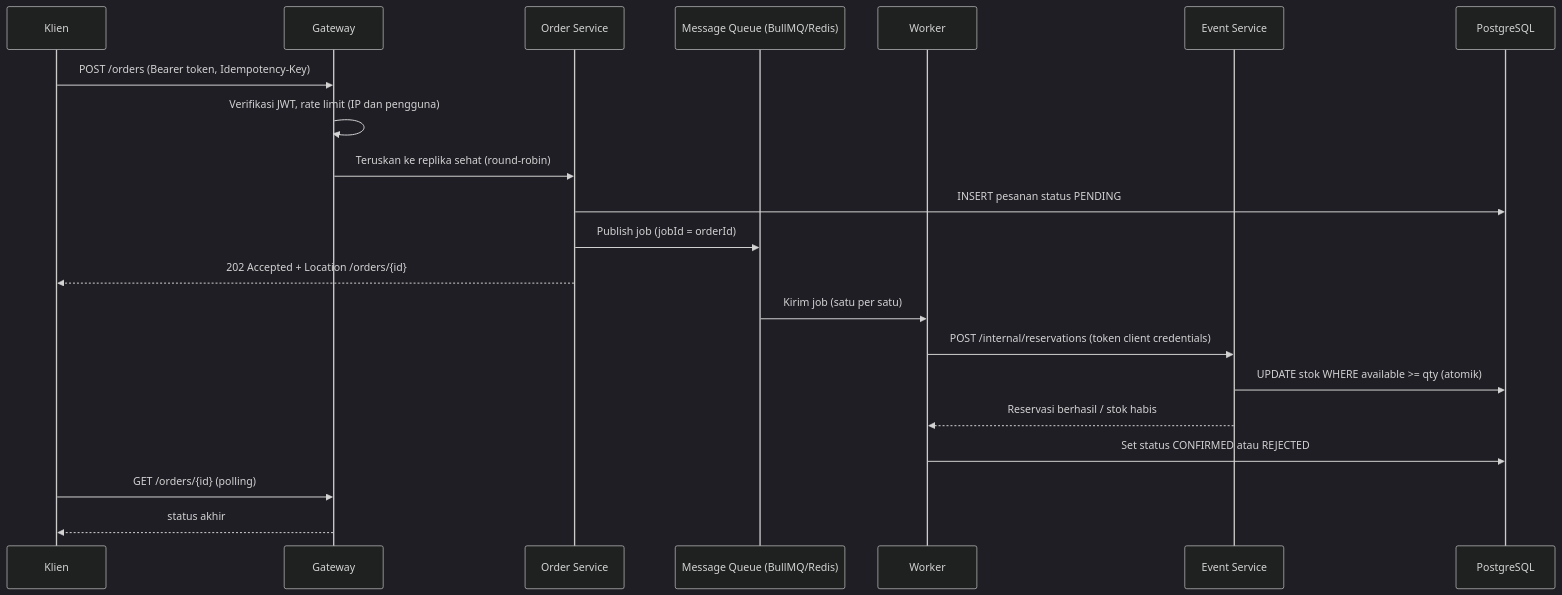
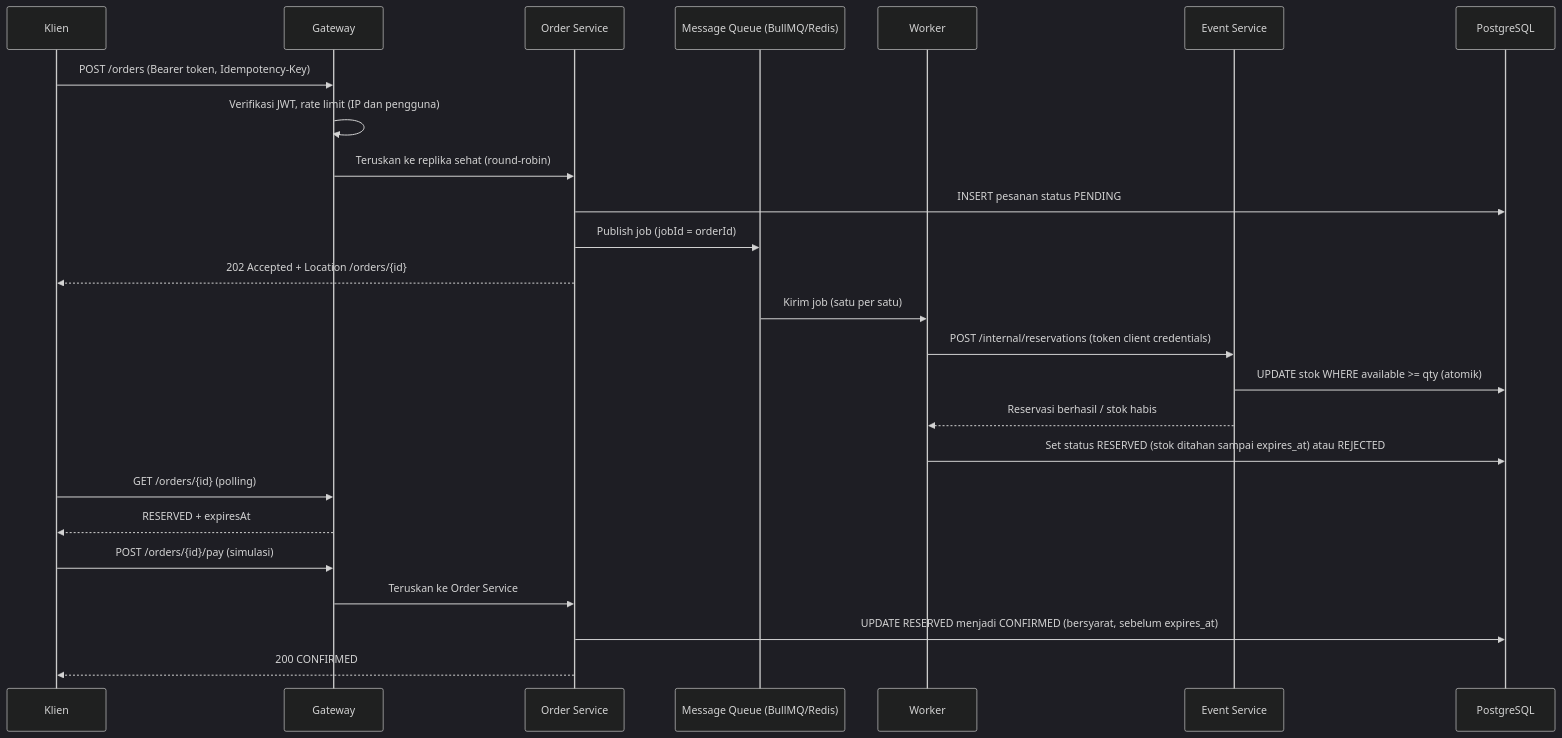
One commit to whosblub/TICKET-EVENT-PLATFORM changed the diagram in README.md. Above: the diagram before and after it, drawn with Mermaid (dark theme). The commit also changed other lines of this file and 3 other files, not shown here.

````diff
--- a/README.md
+++ b/README.md
@@ -122,23 +122,27 @@
 ```mermaid
 sequenceDiagram
     participant K as Klien
     participant G as Gateway
     participant O as Order Service
     participant Q as Message Queue (BullMQ/Redis)
     participant W as Worker
     participant E as Event Service
     participant D as PostgreSQL
     K->>G: POST /orders (Bearer token, Idempotency-Key)
     G->>G: Verifikasi JWT, rate limit (IP dan pengguna)
     G->>O: Teruskan ke replika sehat (round-robin)
     O->>D: INSERT pesanan status PENDING
     O->>Q: Publish job (jobId = orderId)
     O-->>K: 202 Accepted + Location /orders/{id}
     Q->>W: Kirim job (satu per satu)
     W->>E: POST /internal/reservations (token client credentials)
     E->>D: UPDATE stok WHERE available >= qty (atomik)
     E-->>W: Reservasi berhasil / stok habis
-    W->>D: Set status CONFIRMED atau REJECTED
+    W->>D: Set status RESERVED (stok ditahan sampai expires_at) atau REJECTED
     K->>G: GET /orders/{id} (polling)
-    G-->>K: status akhir
+    G-->>K: RESERVED + expiresAt
+    K->>G: POST /orders/{id}/pay (simulasi)
+    G->>O: Teruskan ke Order Service
+    O->>D: UPDATE RESERVED menjadi CONFIRMED (bersyarat, sebelum expires_at)
+    O-->>K: 200 CONFIRMED
 ```
````
